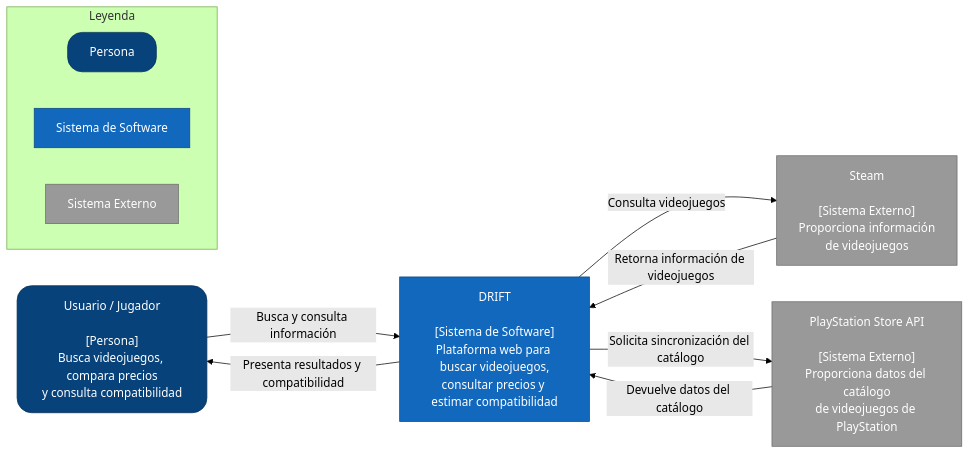
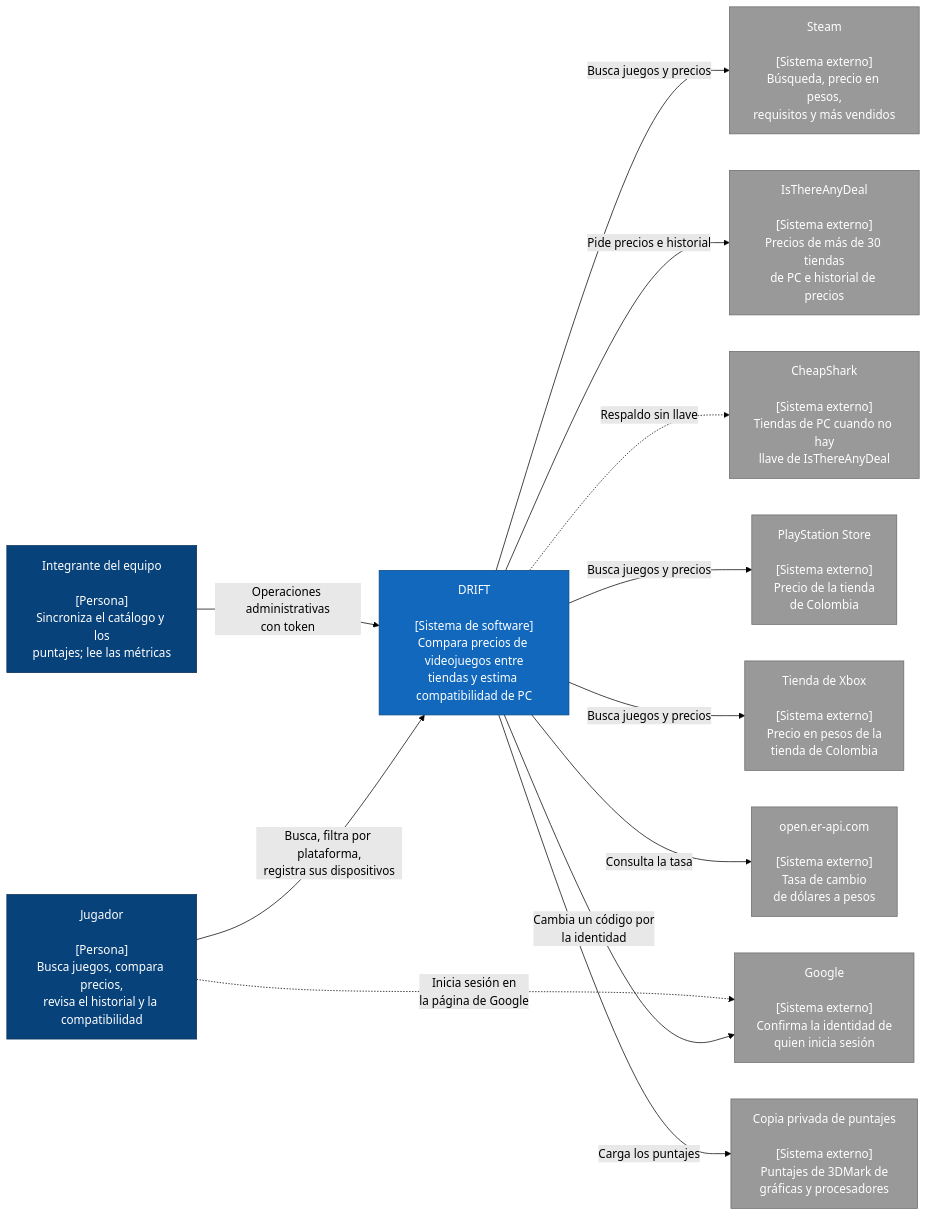
The diagram in docs/c4/contexto.md (ISCOUTB/AS_202620_Drift), drawn with Mermaid (forest theme) before and after one commit. The commit also changed other lines of this file and 156 other files, not shown here.

First line of the commit message:
feat(s14): cuentas, favoritos, Xbox, IsThereAnyDeal, PostgreSQL y pagina Explorar

````diff
--- a/docs/c4/contexto.md
+++ b/docs/c4/contexto.md
@@ -9,34 +11,45 @@
 ```mermaid
 flowchart LR
-    U["Usuario / Jugador<br/><br/>[Persona]<br/>Busca videojuegos, compara precios<br/>y consulta compatibilidad"]
+    U["Jugador<br/><br/>[Persona]<br/>Busca juegos, compara precios,<br/>revisa el historial y la compatibilidad"]
 
-    D["DRIFT<br/><br/>[Sistema de Software]<br/>Plataforma web para buscar videojuegos,<br/>consultar precios y estimar compatibilidad"]
+    A["Integrante del equipo<br/><br/>[Persona]<br/>Sincroniza el catálogo y los<br/>puntajes; lee las métricas"]
 
-    S["Steam<br/><br/>[Sistema Externo]<br/>Proporciona información<br/>de videojuegos"]
+    D["DRIFT<br/><br/>[Sistema de software]<br/>Compara precios de videojuegos entre<br/>tiendas y estima compatibilidad de PC"]
 
-    P["PlayStation Store API<br/><br/>[Sistema Externo]<br/>Proporciona datos del catálogo<br/>de videojuegos de PlayStation"]
+    S["Steam<br/><br/>[Sistema externo]<br/>Búsqueda, precio en pesos,<br/>requisitos y más vendidos"]
 
-    U -->|"Busca y consulta información"| D
-    D -->|"Presenta resultados y compatibilidad"| U
+    I["IsThereAnyDeal<br/><br/>[Sistema externo]<br/>Precios de más de 30 tiendas<br/>de PC e historial de precios"]
 
-    D -->|"Consulta videojuegos"| S
-    S -->|"Retorna información de videojuegos"| D
+    C["CheapShark<br/><br/>[Sistema externo]<br/>Tiendas de PC cuando no hay<br/>llave de IsThereAnyDeal"]
 
-    D -->|"Solicita sincronización del catálogo"| P
-    P -->|"Devuelve datos del catálogo"| D
+    P["PlayStation Store<br/><br/>[Sistema externo]<br/>Precio de la tienda<br/>de Colombia"]
 
-    classDef person fill:#08427b,stroke:#052e56,color:#ffffff,rx:20,ry:20
+    X["Tienda de Xbox<br/><br/>[Sistema externo]<br/>Precio en pesos de la<br/>tienda de Colombia"]
+
+    G["Google<br/><br/>[Sistema externo]<br/>Confirma la identidad de<br/>quien inicia sesión"]
+
+    F["open.er-api.com<br/><br/>[Sistema externo]<br/>Tasa de cambio<br/>de dólares a pesos"]
+
+    B["Copia privada de puntajes<br/><br/>[Sistema externo]<br/>Puntajes de 3DMark de<br/>gráficas y procesadores"]
+
+    U -->|"Busca, filtra por plataforma,<br/>registra sus dispositivos"| D
+    A -->|"Operaciones administrativas<br/>con token"| D
+
+    D -->|"Busca juegos y precios"| S
+    D -->|"Pide precios e historial"| I
+    D -.->|"Respaldo sin llave"| C
+    D -->|"Busca juegos y precios"| P
+    D -->|"Busca juegos y precios"| X
+    D -->|"Cambia un código por<br/>la identidad"| G
+    U -.->|"Inicia sesión en<br/>la página de Google"| G
+    D -->|"Consulta la tasa"| F
+    D -->|"Carga los puntajes"| B
+
+    classDef person fill:#08427b,stroke:#052e56,color:#ffffff
     classDef system fill:#1168bd,stroke:#0b4884,color:#ffffff
     classDef external fill:#999999,stroke:#6b6b6b,color:#ffffff
 
-    class U person
+    class U,A person
     class D system
-    class S,P external
-
-    subgraph LEYENDA["Leyenda"]
-        direction LR
-        L1["Persona"]:::person
-        L2["Sistema de Software"]:::system
-        L3["Sistema Externo"]:::external
-    end
+    class S,I,C,P,X,G,F,B external
 ```
````
